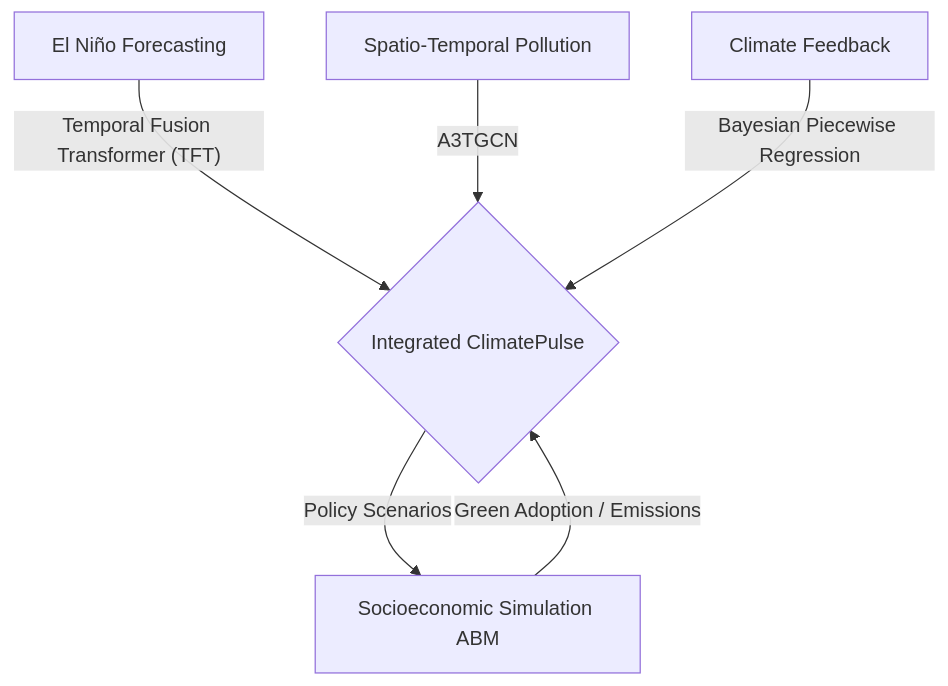
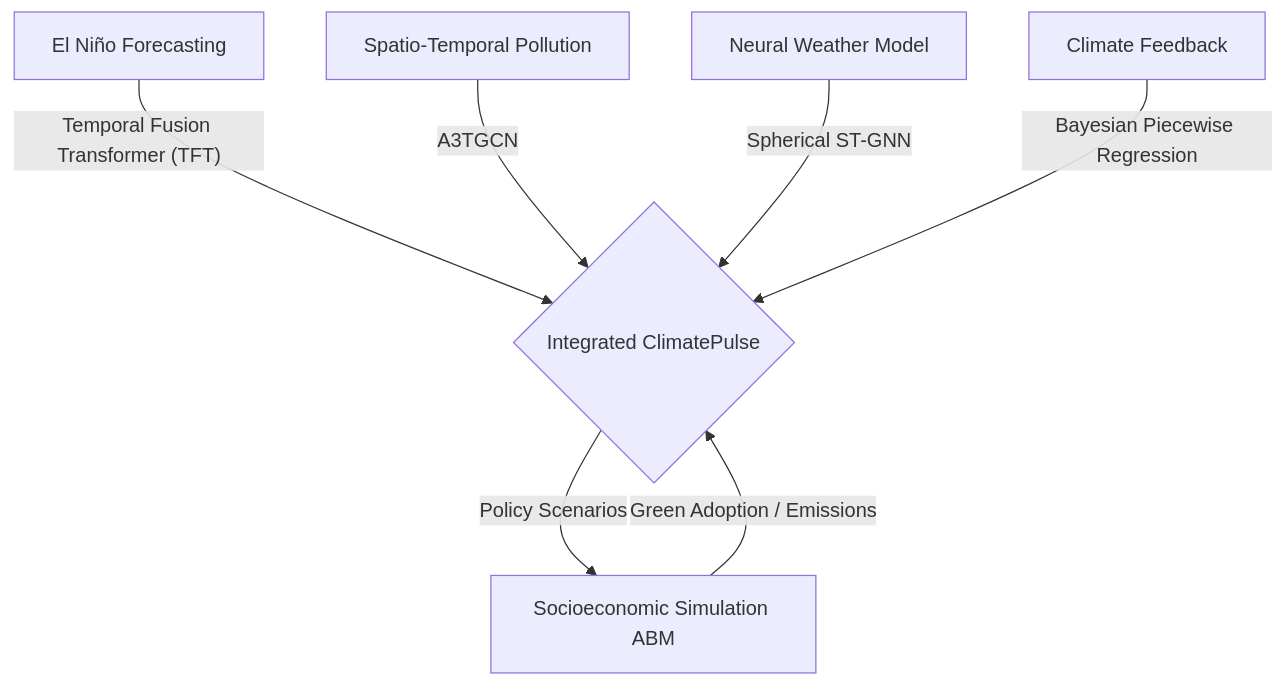
The second of 2 diagrams in docs/research_paper/research_paper.md (aditripaul/climate_pulse), drawn with Mermaid before and after one commit. The commit also changed other lines of this file and 18 other files, not shown here.

````diff
--- a/docs/research_paper/research_paper.md
+++ b/docs/research_paper/research_paper.md
@@ -156,9 +158,10 @@
 ```mermaid
 flowchart TD
     A["El Niño Forecasting"] -->|"Temporal Fusion Transformer (TFT)"| E
     B["Spatio-Temporal Pollution"] -->|"A3TGCN"| E
-    C["Climate Feedback"] -->|"Bayesian Piecewise Regression"| E
+    C["Neural Weather Model"] -->|"Spherical ST-GNN"| E
+    D2["Climate Feedback"] -->|"Bayesian Piecewise Regression"| E
 
     E{"Integrated ClimatePulse"} -->|"Policy Scenarios"| D["Socioeconomic Simulation ABM"]
     D -->|"Green Adoption / Emissions"| E
 ```
````
